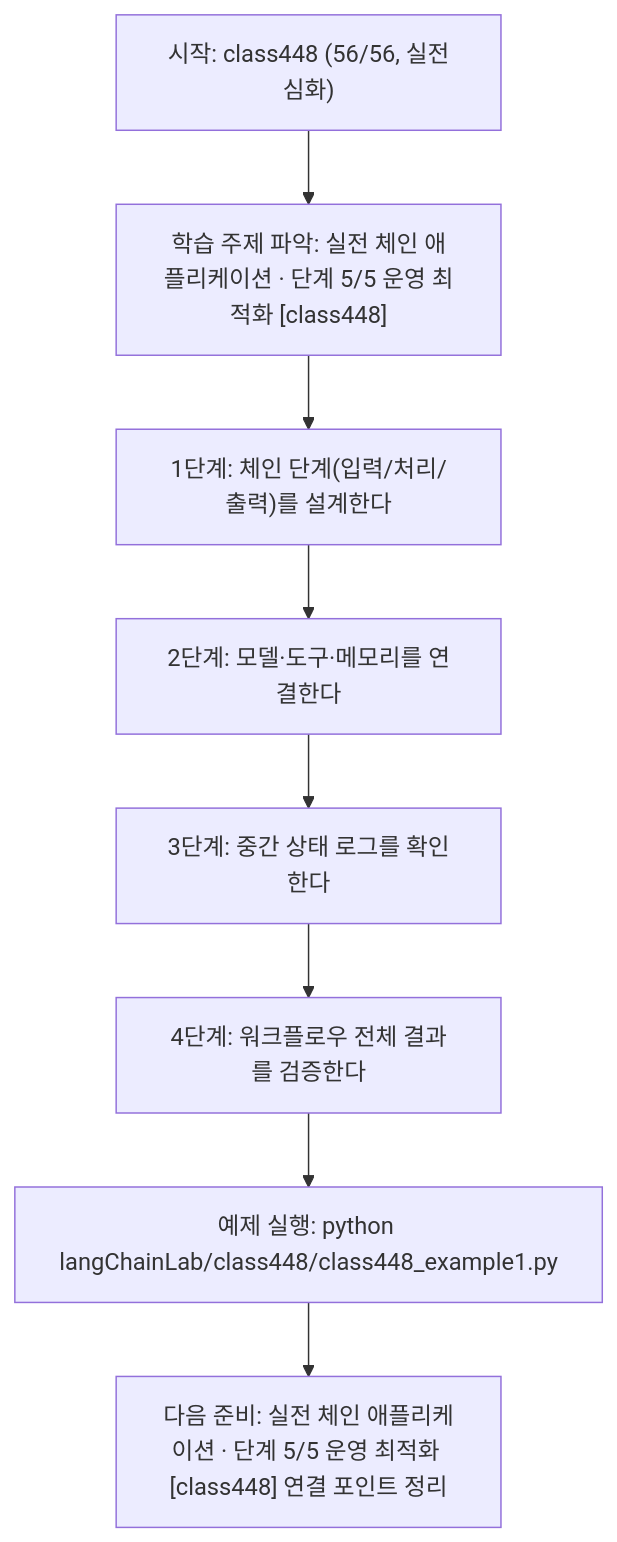
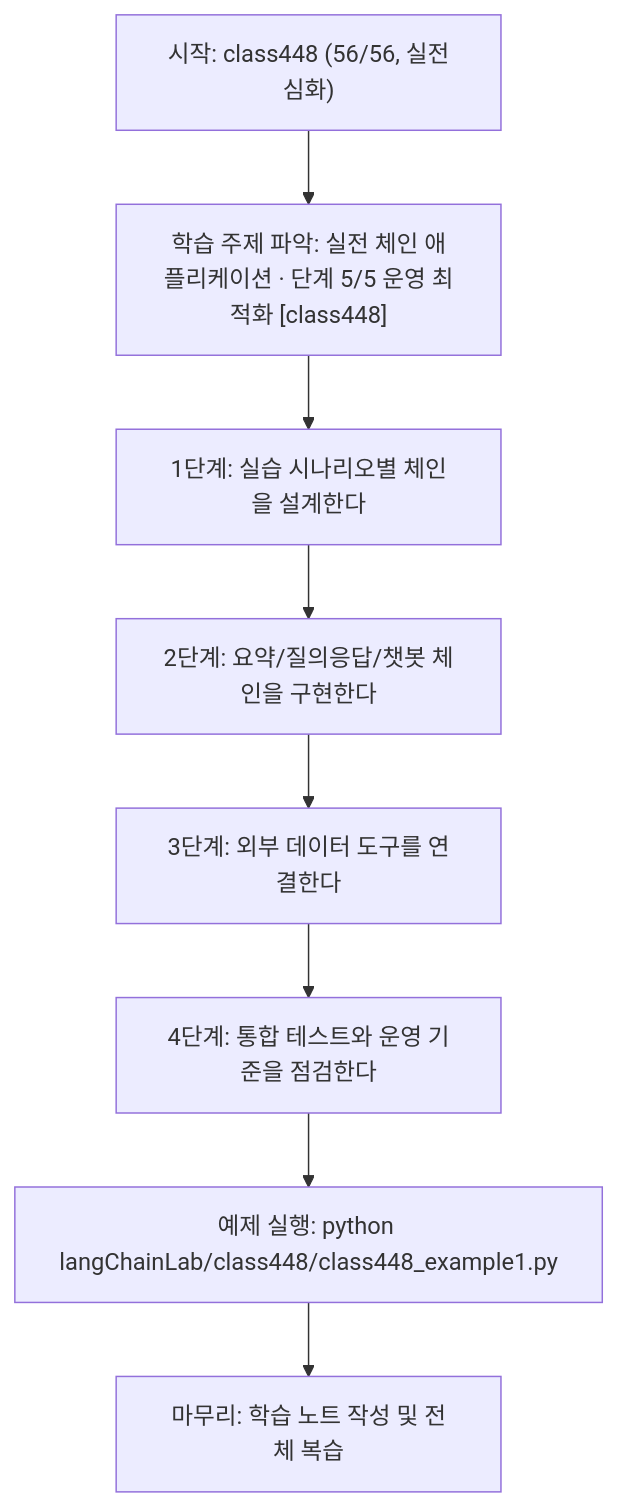
Before and after one commit to edumgt/Python-AI_Agent-Class: the diagram in langChainLab/class448/class448.md, drawn with Mermaid. The commit also changed other lines of this file and 395 other files, not shown here.

````diff
--- a/langChainLab/class448/class448.md
+++ b/langChainLab/class448/class448.md
@@ -110,18 +91,18 @@
 ```mermaid
 flowchart TD
 N1["시작: class448 (56/56, 실전심화)"]
 N2["학습 주제 파악: 실전 체인 애플리케이션 · 단계 5/5 운영 최적화 [class448]"]
-N3["1단계: 체인 단계(입력/처리/출력)를 설계한다"]
-N4["2단계: 모델·도구·메모리를 연결한다"]
-N5["3단계: 중간 상태 로그를 확인한다"]
-N6["4단계: 워크플로우 전체 결과를 검증한다"]
+N3["1단계: 실습 시나리오별 체인을 설계한다"]
+N4["2단계: 요약/질의응답/챗봇 체인을 구현한다"]
+N5["3단계: 외부 데이터 도구를 연결한다"]
+N6["4단계: 통합 테스트와 운영 기준을 점검한다"]
 N7["예제 실행: python langChainLab/class448/class448_example1.py"]
-N8["다음 준비: 실전 체인 애플리케이션 · 단계 5/5 운영 최적화 [class448] 연결 포인트 정리"]
+N8["마무리: 학습 노트 작성 및 전체 복습"]
 N1 --> N2
 N2 --> N3
 N3 --> N4
 N4 --> N5
 N5 --> N6
 N6 --> N7
 N7 --> N8
 ```
````
